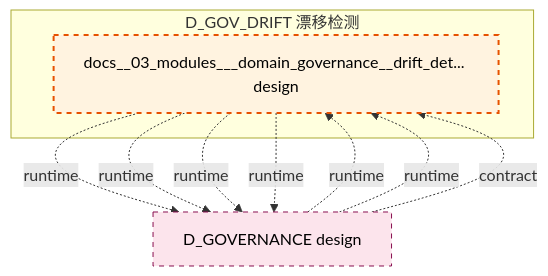
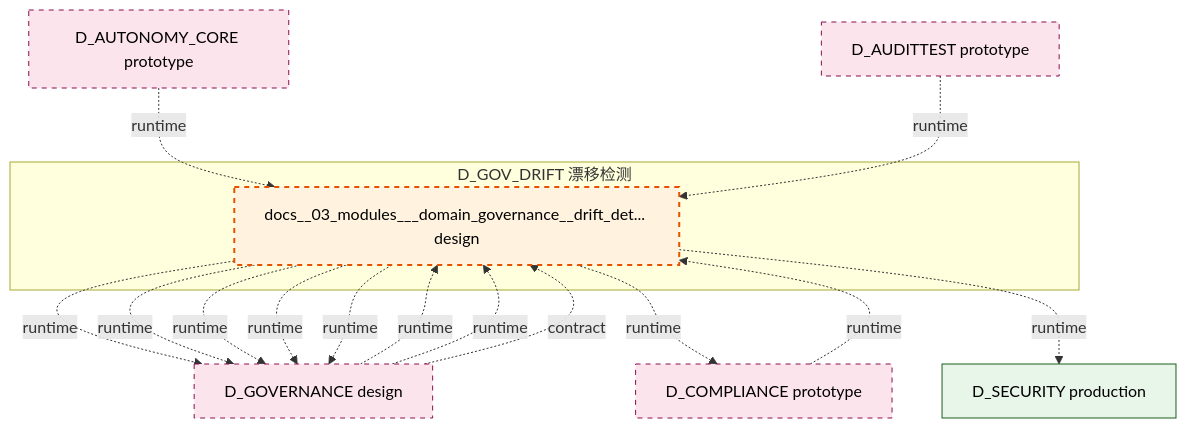
The diagram in docs/02_enterprise_architecture/02_domain_architecture_docs/36_d_gov_drift.md (xuanFelixVan/ZephyrAlpha), drawn with Mermaid before and after one commit. The commit also changed other lines of this file and 105 other files, not shown here.

````diff
--- a/docs/02_enterprise_architecture/02_domain_architecture_docs/36_d_gov_drift.md
+++ b/docs/02_enterprise_architecture/02_domain_architecture_docs/36_d_gov_drift.md
@@ -47,20 +47,31 @@
 ```mermaid
 graph TD
     subgraph D_GOV_DRIFT["D_GOV_DRIFT 漂移检测"]
         docs_03_modules_domain_governance_drift_detector_blueprint_md["docs__03_modules___domain_governance__drift_det... design"]
     end
     D_GOVERNANCE["D_GOVERNANCE design"]
     docs_03_modules_domain_governance_drift_detector_blueprint_md -.->|runtime| D_GOVERNANCE
     docs_03_modules_domain_governance_drift_detector_blueprint_md -.->|runtime| D_GOVERNANCE
+    D_COMPLIANCE["D_COMPLIANCE prototype"]
+    docs_03_modules_domain_governance_drift_detector_blueprint_md -.->|runtime| D_COMPLIANCE
+    D_SECURITY["D_SECURITY production"]
+    docs_03_modules_domain_governance_drift_detector_blueprint_md -.->|runtime| D_SECURITY
     docs_03_modules_domain_governance_drift_detector_blueprint_md -.->|runtime| D_GOVERNANCE
     docs_03_modules_domain_governance_drift_detector_blueprint_md -.->|runtime| D_GOVERNANCE
+    docs_03_modules_domain_governance_drift_detector_blueprint_md -.->|runtime| D_GOVERNANCE
+    D_COMPLIANCE -.->|runtime| docs_03_modules_domain_governance_drift_detector_blueprint_md
     D_GOVERNANCE -.->|runtime| docs_03_modules_domain_governance_drift_detector_blueprint_md
     D_GOVERNANCE -.->|runtime| docs_03_modules_domain_governance_drift_detector_blueprint_md
     D_GOVERNANCE -.->|contract| docs_03_modules_domain_governance_drift_detector_blueprint_md
+    D_AUTONOMY_CORE["D_AUTONOMY_CORE prototype"]
+    D_AUTONOMY_CORE -.->|runtime| docs_03_modules_domain_governance_drift_detector_blueprint_md
+    D_AUDITTEST["D_AUDITTEST prototype"]
+    D_AUDITTEST -.->|runtime| docs_03_modules_domain_governance_drift_detector_blueprint_md
     classDef production fill:#e1f5fe,stroke:#01579b,stroke-width:2px,color:#000
     classDef design fill:#fff3e0,stroke:#e65100,stroke-width:2px,color:#000,stroke-dasharray: 5 5
     classDef external_prod fill:#e8f5e9,stroke:#1b5e20,stroke-width:1px,color:#000
     classDef external_design fill:#fce4ec,stroke:#880e4f,stroke-width:1px,color:#000,stroke-dasharray: 5 5
     class docs_03_modules_domain_governance_drift_detector_blueprint_md design
-    class D_GOVERNANCE external_design
+    class D_SECURITY external_prod
+    class D_GOVERNANCE,D_COMPLIANCE,D_AUTONOMY_CORE,D_AUDITTEST external_design
 ```
````
